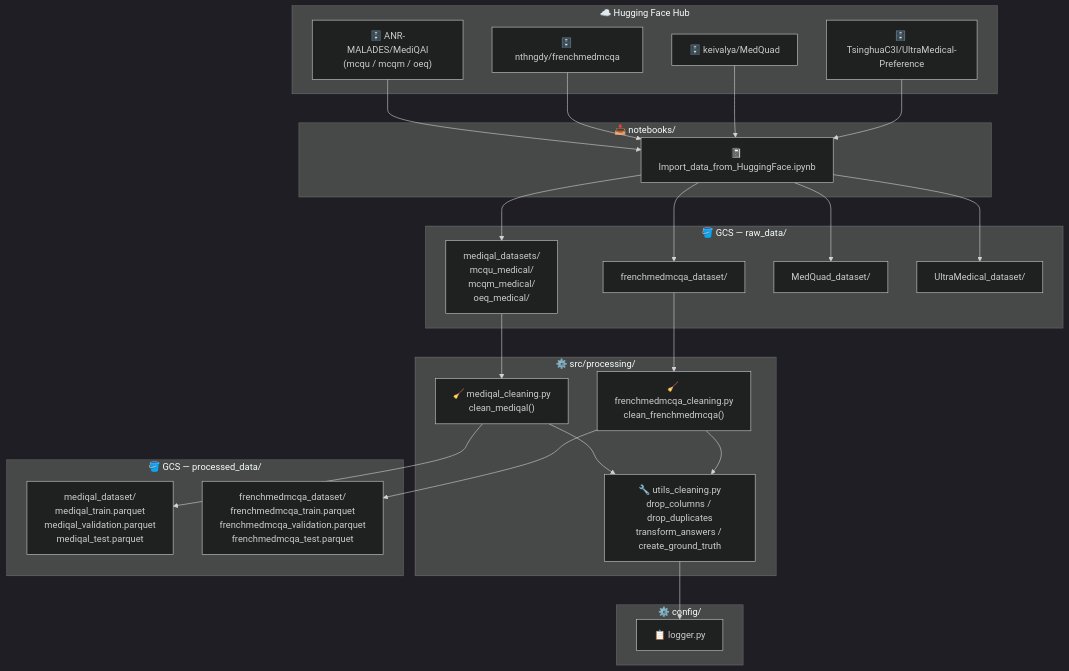
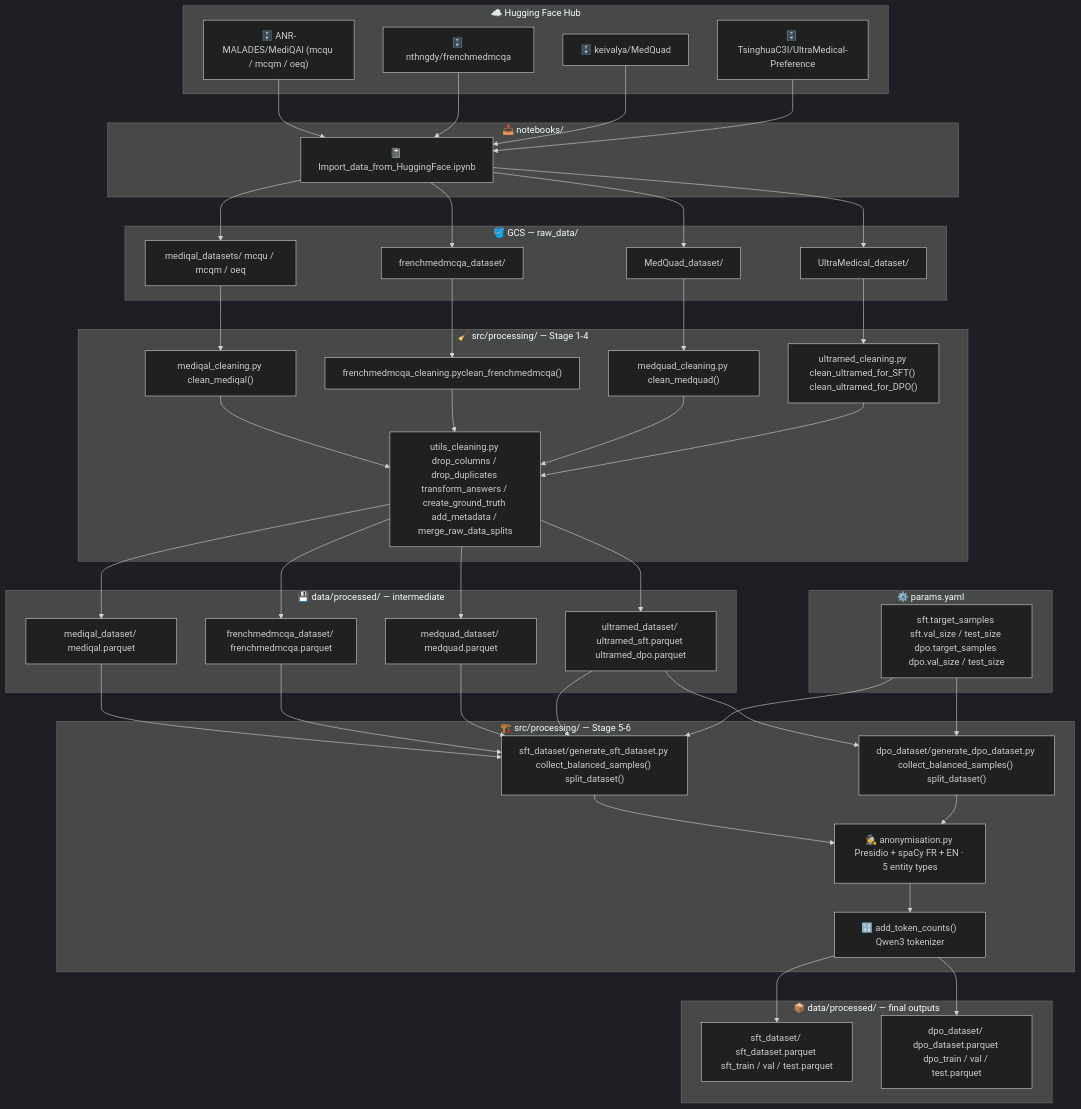
Before and after one commit to RandomFab/medical-triage-llm-finetuning: the diagram in README.md, drawn with Mermaid (dark theme). The commit also changed other lines of this file, not shown here.

Commit message:
docs(README): update the README with clean data work

````diff
--- a/README.md
+++ b/README.md
@@ -43,7 +58,7 @@
 ```mermaid
 graph TB
     subgraph Sources ["☁️ Hugging Face Hub"]
-        A["🗄️ ANR-MALADES/MediQAl\n(mcqu / mcqm / oeq)"]
+        A["🗄️ ANR-MALADES/MediQAl (mcqu / mcqm / oeq)"]
         B["🗄️ nthngdy/frenchmedmcqa"]
         C["🗄️ keivalya/MedQuad"]
         D["🗄️ TsinghuaC3I/UltraMedical-Preference"]
@@ -54,25 +69,41 @@
     end
 
     subgraph GCS_Raw ["🪣 GCS — raw_data/"]
-        F["mediqal_datasets/\nmcqu_medical/\nmcqm_medical/\noeq_medical/"]
+        F["mediqal_datasets/ mcqu / mcqm / oeq"]
         G["frenchmedmcqa_dataset/"]
         H["MedQuad_dataset/"]
         I["UltraMedical_dataset/"]
     end
 
-    subgraph Processing ["⚙️ src/processing/"]
-        J["🧹 mediqal_cleaning.py\nclean_mediqal()"]
-        K["🧹 frenchmedmcqa_cleaning.py\nclean_frenchmedmcqa()"]
-        L["🔧 utils_cleaning.py\ndrop_columns / drop_duplicates\ntransform_answers / create_ground_truth"]
+    subgraph Params ["⚙️ params.yaml"]
+        P["sft.target_samples sft.val_size / test_size dpo.target_samples dpo.val_size / test_size"]
     end
 
-    subgraph Config ["⚙️ config/"]
-        M["📋 logger.py"]
+    subgraph Cleaning ["🧹 src/processing/ — Stage 1-4"]
+        J["mediqal_cleaning.py clean_mediqal()"]
+        K["frenchmedmcqa_cleaning.pyclean_frenchmedmcqa()"]
+        L["medquad_cleaning.py clean_medquad()"]
+        M["ultramed_cleaning.py clean_ultramed_for_SFT() clean_ultramed_for_DPO()"]
+        U["utils_cleaning.py drop_columns / drop_duplicates transform_answers / create_ground_truth add_metadata / merge_raw_data_splits"]
     end
 
-    subgraph GCS_Processed ["🪣 GCS — processed_data/"]
-        N["mediqal_dataset/\nmediqal_train.parquet\nmediqal_validation.parquet\nmediqal_test.parquet"]
-        O["frenchmedmcqa_dataset/\nfrenchmedmcqa_train.parquet\nfrenchmedmcqa_validation.parquet\nfrenchmedmcqa_test.parquet"]
+    subgraph Local_Processed ["💾 data/processed/ — intermediate"]
+        N["mediqal_dataset/ mediqal.parquet"]
+        O["frenchmedmcqa_dataset/ frenchmedmcqa.parquet"]
+        Q["medquad_dataset/ medquad.parquet"]
+        R["ultramed_dataset/ ultramed_sft.parquet ultramed_dpo.parquet"]
+    end
+
+    subgraph Generation ["🏗️ src/processing/ — Stage 5-6"]
+        ANON["🕵️ anonymisation.py Presidio + spaCy FR + EN · 5 entity types"]
+        TOK["🔢 add_token_counts() Qwen3 tokenizer"]
+        S["sft_dataset/generate_sft_dataset.py collect_balanced_samples() split_dataset()"]
+        T["dpo_dataset/generate_dpo_dataset.py collect_balanced_samples() split_dataset()"]
+    end
+
+    subgraph Final ["📦 data/processed/ — final outputs"]
+        SF["sft_dataset/ sft_dataset.parquet sft_train / val / test.parquet"]
+        DF["dpo_dataset/ dpo_dataset.parquet dpo_train / val / test.parquet"]
     end
 
     A --> E
@@ -85,9 +116,26 @@
     E --> I
     F --> J
     G --> K
-    J --> L
-    K --> L
-    L --> M
-    J --> N
-    K --> O
+    H --> L
+    I --> M
+    J --> U
+    K --> U
+    L --> U
+    M --> U
+    U --> N
+    U --> O
+    U --> Q
+    U --> R
+    N --> S
+    O --> S
+    Q --> S
+    R --> S
+    R --> T
+    P --> S
+    P --> T
+    S --> ANON
+    T --> ANON
+    ANON --> TOK
+    TOK --> SF
+    TOK --> DF
 ```
````
